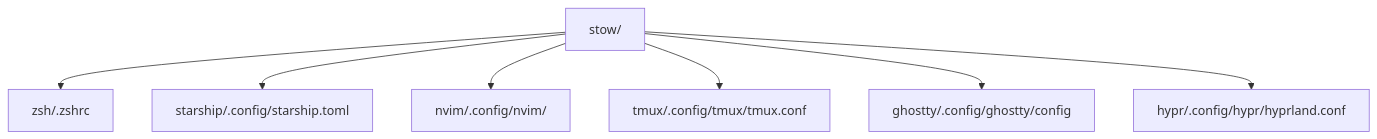
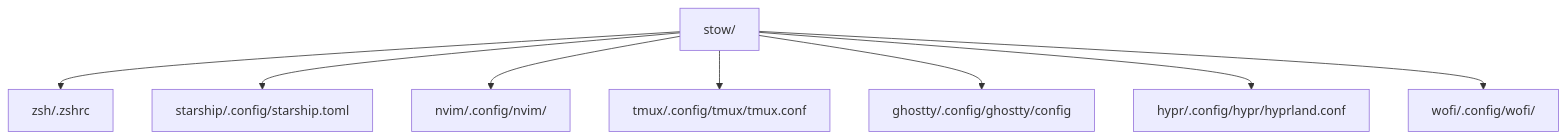
Before and after one commit to RikiLaNeko/dotfiles: the diagram in README.md, drawn with Mermaid. The commit also changed other lines of this file, not shown here.

````diff
--- a/README.md
+++ b/README.md
@@ -41,9 +75,11 @@
 ```mermaid
 graph TD
-  S[stow/] --> S1[zsh/.zshrc]
-  S --> S2[starship/.config/starship.toml]
-  S --> S3[nvim/.config/nvim/]
-  S --> S4[tmux/.config/tmux/tmux.conf]
-  S --> S5[ghostty/.config/ghostty/config]
-  S --> S6[hypr/.config/hypr/hyprland.conf]
+  Stow[stow/]
+  Stow --> ZSH[zsh/.zshrc]
+  Stow --> Starship[starship/.config/starship.toml]
+  Stow --> NVIM[nvim/.config/nvim/]
+  Stow --> Tmux[tmux/.config/tmux/tmux.conf]
+  Stow --> Ghostty[ghostty/.config/ghostty/config]
+  Stow --> Hypr[hypr/.config/hypr/hyprland.conf]
+  Stow --> Wofi[wofi/.config/wofi/]
 ```
````
